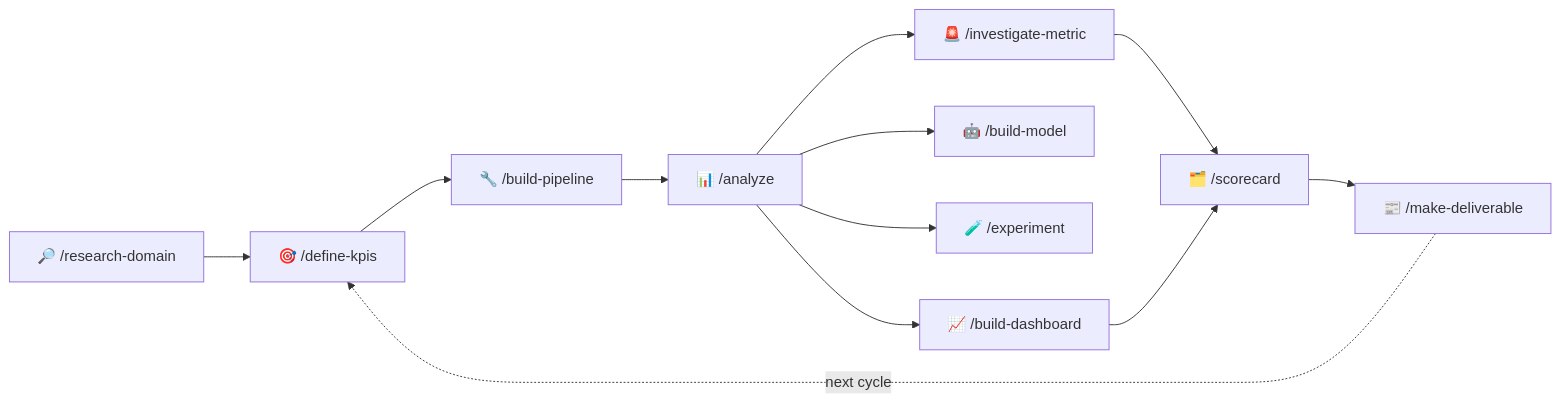
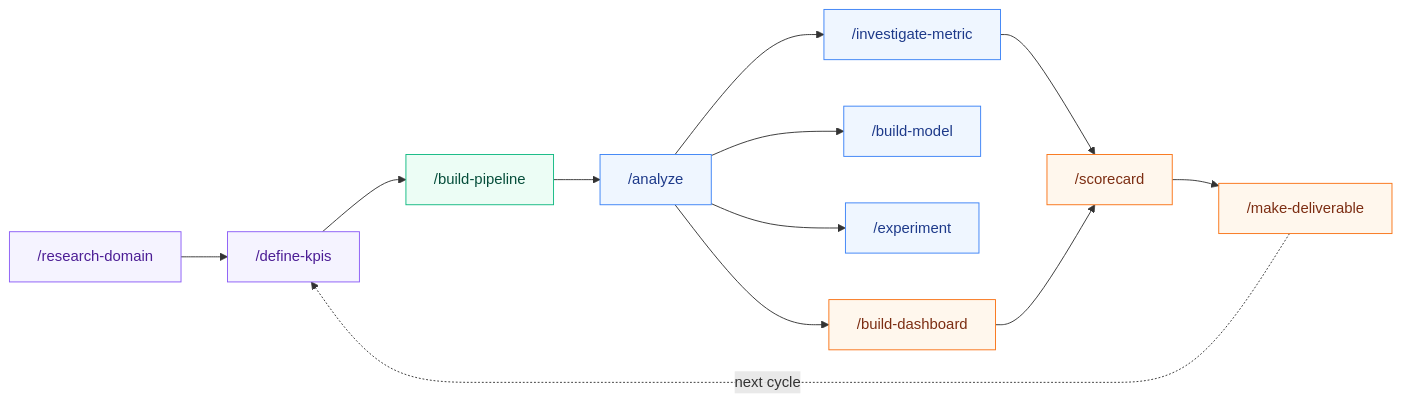
The second of 3 diagrams in README.md (link7373/agentic-bi-team), drawn with Mermaid before and after one commit. The commit also changed other lines of this file and 1 other file, not shown here.

````diff
--- a/README.md
+++ b/README.md
@@ -79,14 +96,34 @@
 ```mermaid
 flowchart LR
-RD["🔎 /research-domain"] --> DK["🎯 /define-kpis"]
-DK --> BP["🔧 /build-pipeline"]
-BP --> AN["📊 /analyze"]
-AN --> IM["🚨 /investigate-metric"]
-AN --> BM["🤖 /build-model"]
-AN --> EX["🧪 /experiment"]
-AN --> BD["📈 /build-dashboard"]
-IM --> SC["🗂️ /scorecard"]
-BD --> SC
-SC --> MD["📰 /make-deliverable"]
-MD -. "next cycle" .-> DK
+    RD["/research-domain"]
+    DK["/define-kpis"]
+    BP["/build-pipeline"]
+    AN["/analyze"]
+    IM["/investigate-metric"]
+    BM["/build-model"]
+    EX["/experiment"]
+    BD["/build-dashboard"]
+    SC["/scorecard"]
+    MD["/make-deliverable"]
+
+    RD --> DK
+    DK --> BP
+    BP --> AN
+    AN --> IM
+    AN --> BM
+    AN --> EX
+    AN --> BD
+    IM --> SC
+    BD --> SC
+    SC --> MD
+    MD -.->|"next cycle"| DK
+
+    classDef define fill:#F5F3FF,stroke:#8B5CF6,stroke-width:1px,color:#4C1D95;
+    classDef build fill:#ECFDF5,stroke:#10B981,stroke-width:1px,color:#064E3B;
+    classDef analyse fill:#EFF6FF,stroke:#3B82F6,stroke-width:1px,color:#1E3A8A;
+    classDef deliver fill:#FFF7ED,stroke:#F97316,stroke-width:1px,color:#7C2D12;
+    class RD,DK define;
+    class BP build;
+    class AN,IM,BM,EX analyse;
+    class BD,SC,MD deliver;
 ```
````
